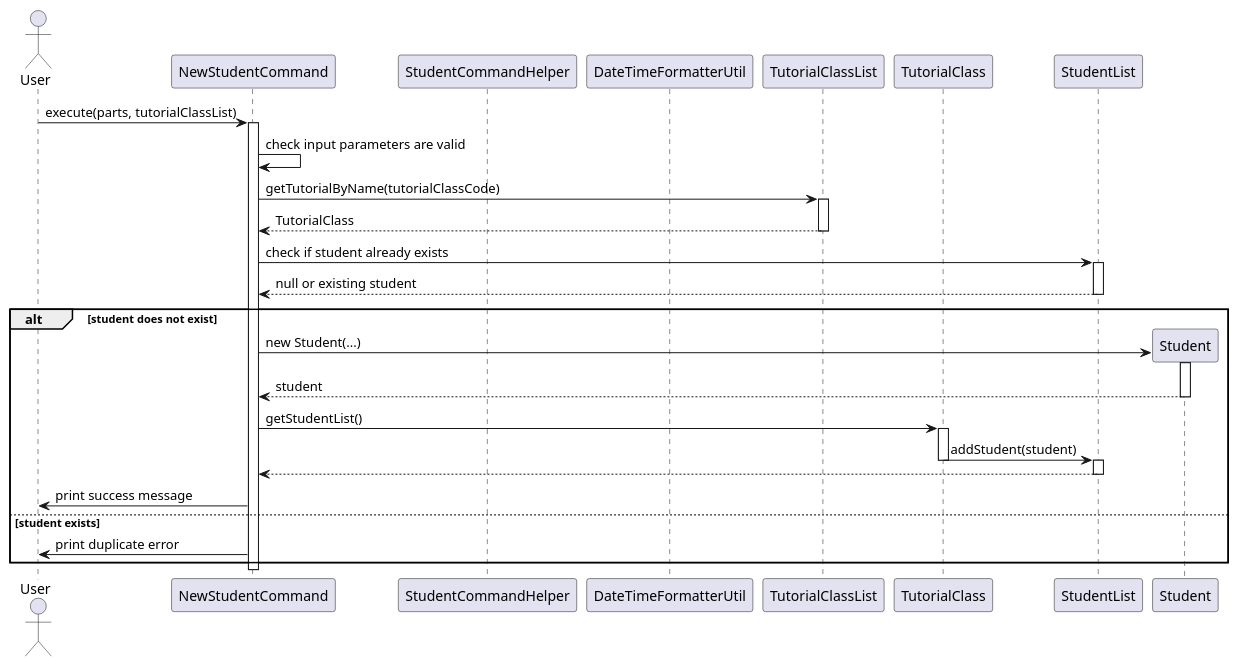
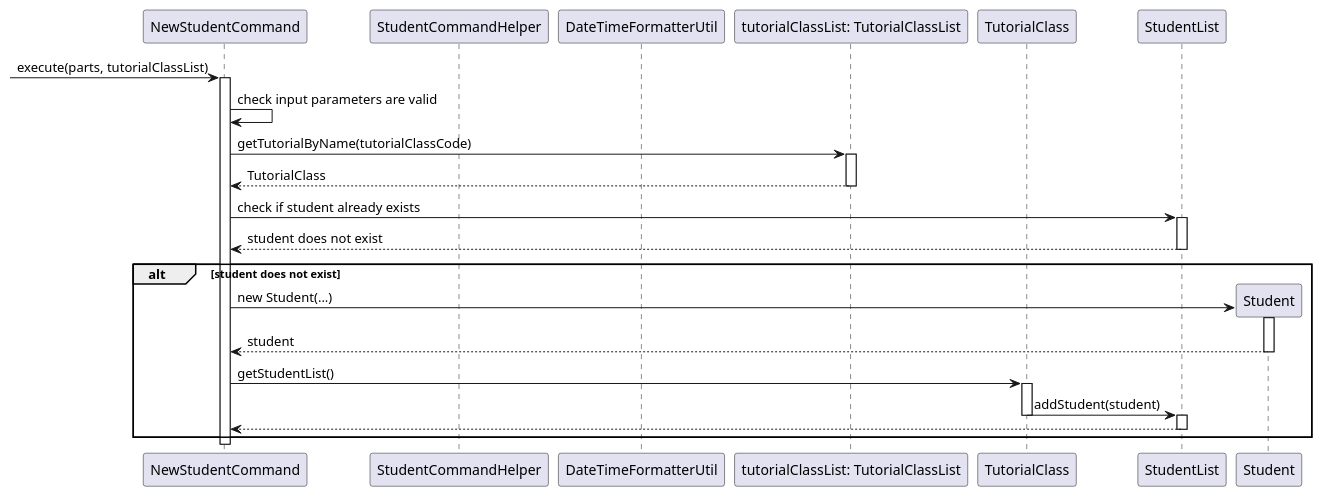
One commit to wongyihao02/tp changed the diagram in docs/diagrams/studentcommands/NewStudentCommandSequenceDiagram.puml. Above: the diagram before and after it, drawn with PlantUML. The commit also changed 14 other files, not shown here.

First line of the commit message:
Fix Sequence and Class Diagrams

```diff
--- a/docs/diagrams/studentcommands/NewStudentCommandSequenceDiagram.puml
+++ b/docs/diagrams/studentcommands/NewStudentCommandSequenceDiagram.puml
@@ -1,49 +1,46 @@
 @startuml
-actor User
 
 participant "NewStudentCommand" as NSC
 participant "StudentCommandHelper" as Helper
 participant "DateTimeFormatterUtil" as DateUtil
-participant "TutorialClassList" as TCL
+participant "tutorialClassList: TutorialClassList" as TCL
 participant "TutorialClass" as TC
 participant "StudentList" as SL
 participant "Student" as S
 
-User -> NSC: execute(parts, tutorialClassList)
+-> NSC: execute(parts, tutorialClassList)
 activate NSC
 
 NSC -> NSC: check input parameters are valid
 
 NSC -> TCL: getTutorialByName(tutorialClassCode)
 activate TCL
 TCL --> NSC: TutorialClass
 deactivate TCL
 
 
 NSC -> SL: check if student already exists
 activate SL
-SL --> NSC: null or existing student
+SL --> NSC: student does not exist
 deactivate SL
 
 alt student does not exist
     create S
     NSC -> S: new Student(...)
     activate S
     S --> NSC: student
     deactivate S
 
     NSC -> TC: getStudentList()
     activate TC
     TC -> SL: addStudent(student)
     deactivate TC
     activate SL
     SL --> NSC:
     deactivate SL
 
-    NSC -> User: print success message
-else student exists
-    NSC -> User: print duplicate error
+
 end
 
 deactivate NSC
 @enduml
```
